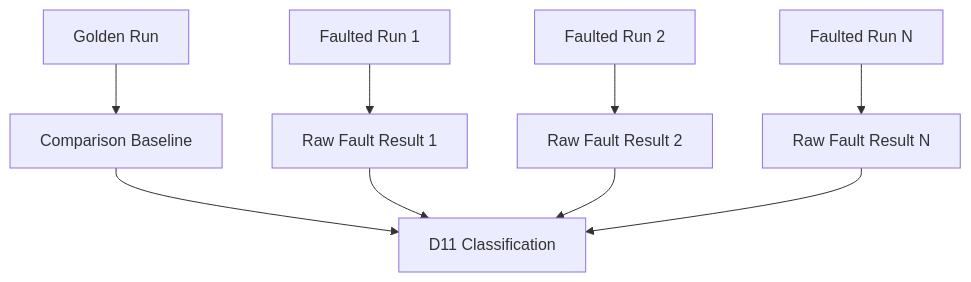
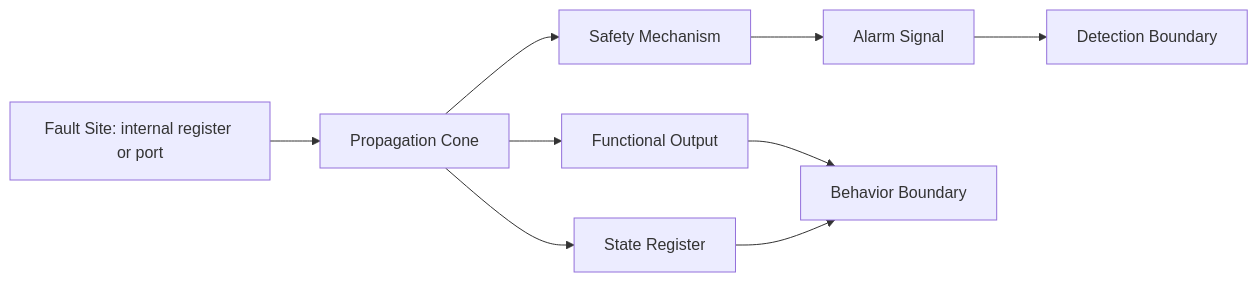
The third of 8 diagrams in articles/10_automotive_safeic_practice_d10_github_en_fault_campaign_execution.md (qiqixixi1001/automotive-safeic-practice), drawn with Mermaid before and after one commit. The commit also changed other lines of this file, not shown here.

````diff
--- a/articles/10_automotive_safeic_practice_d10_github_en_fault_campaign_execution.md
+++ b/articles/10_automotive_safeic_practice_d10_github_en_fault_campaign_execution.md
@@ -143,11 +288,11 @@
 ```mermaid
-flowchart TD
-    A[Golden Run] --> C[Comparison Baseline]
-    B[Faulted Run 1] --> D[Raw Fault Result 1]
-    B2[Faulted Run 2] --> E[Raw Fault Result 2]
-    B3[Faulted Run N] --> F[Raw Fault Result N]
-    C --> G[D11 Classification]
-    D --> G
-    E --> G
-    F --> G
+flowchart LR
+    A[Fault Site: internal register or port] --> B[Propagation Cone]
+    B --> C[Safety Mechanism]
+    C --> D[Alarm Signal]
+    B --> E[Functional Output]
+    B --> F[State Register]
+    D --> G[Detection Boundary]
+    E --> H[Behavior Boundary]
+    F --> H
 ```
````
